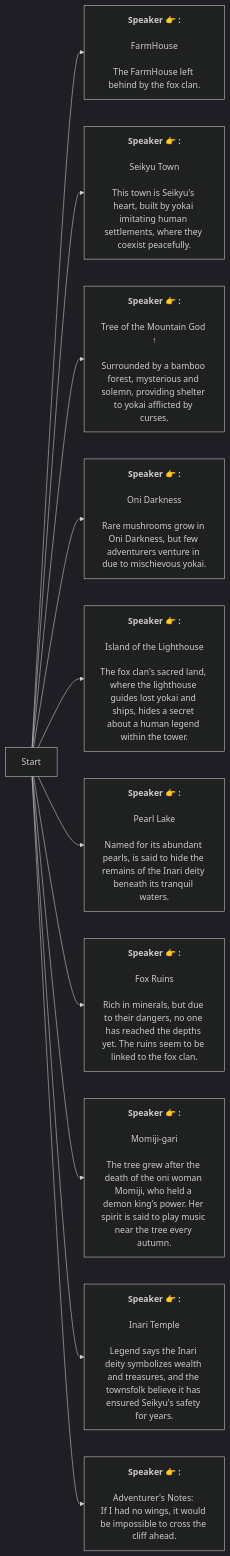
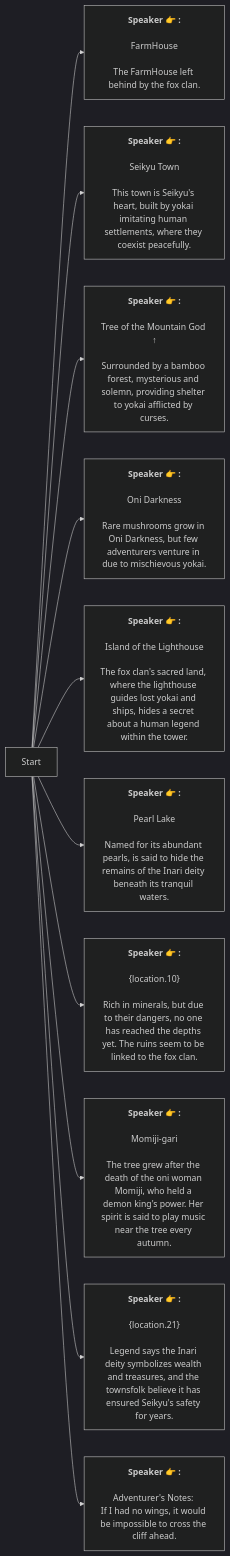
The diagram in En/RoadSigns.md (SoftHu/tos_avg), drawn with Mermaid (dark theme) before and after one commit. The commit also changed 730 other files, not shown here.

````diff
--- a/En/RoadSigns.md
+++ b/En/RoadSigns.md
@@ -1,43 +1,43 @@
 ```mermaid
 graph LR
 Start -->1774189677612389[<b>Speaker 👉 :</b>
 \nFarmHouse
 
 The FarmHouse left behind by the fox clan.]
 Start -->1774189691757927[<b>Speaker 👉 :</b>
 \nSeikyu Town
 
 This town is Seikyu's heart, built by yokai imitating human settlements, where they coexist peacefully.]
 Start -->1774189705340265[<b>Speaker 👉 :</b>
 \nTree of the Mountain God ↑
 
 Surrounded by a bamboo forest, mysterious and solemn, providing shelter to yokai afflicted by curses.]
 Start -->1774189719104875[<b>Speaker 👉 :</b>
 \nOni Darkness
 
 Rare mushrooms grow in Oni Darkness, but few adventurers venture in due to mischievous yokai.]
 Start -->1774189780885869[<b>Speaker 👉 :</b>
 \nIsland of the Lighthouse
 
 The fox clan's sacred land, where the lighthouse guides lost yokai and ships, hides a secret about a human legend within the tower.]
 Start -->1774189828753775[<b>Speaker 👉 :</b>
 \nPearl Lake
 
 Named for its abundant pearls, is said to hide the remains of the Inari deity beneath its tranquil waters.]
 Start -->1774189835710833[<b>Speaker 👉 :</b>
-\nFox Ruins
+\n&lbrace;location.10&rbrace;
 
 Rich in minerals, but due to their dangers, no one has reached the depths yet. The ruins seem to be linked to the fox clan.]
 Start -->1774190276512115[<b>Speaker 👉 :</b>
 \nMomiji-gari
 
 The tree grew after the death of the oni woman Momiji, who held a demon king's power. Her spirit is said to play music near the tree every autumn.]
 Start -->1774190287572341[<b>Speaker 👉 :</b>
-\nInari Temple
+\n&lbrace;location.21&rbrace;
 
 Legend says the Inari deity symbolizes wealth and treasures, and the townsfolk believe it has ensured Seikyu's safety for years.]
 Start -->1775708742261136[<b>Speaker 👉 :</b>
 \nAdventurer's Notes: 
 If I had no wings, it would be impossible to cross the cliff ahead.]
 
 ```
````
